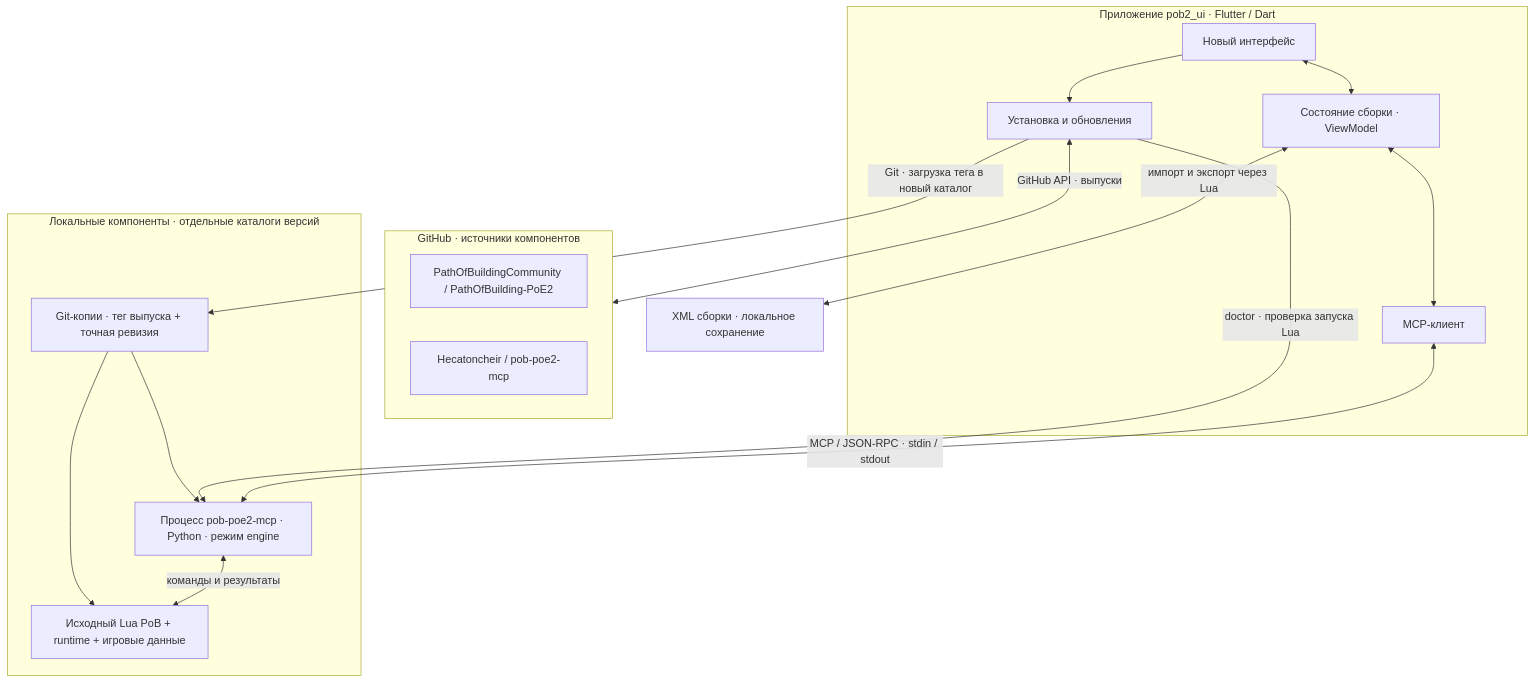
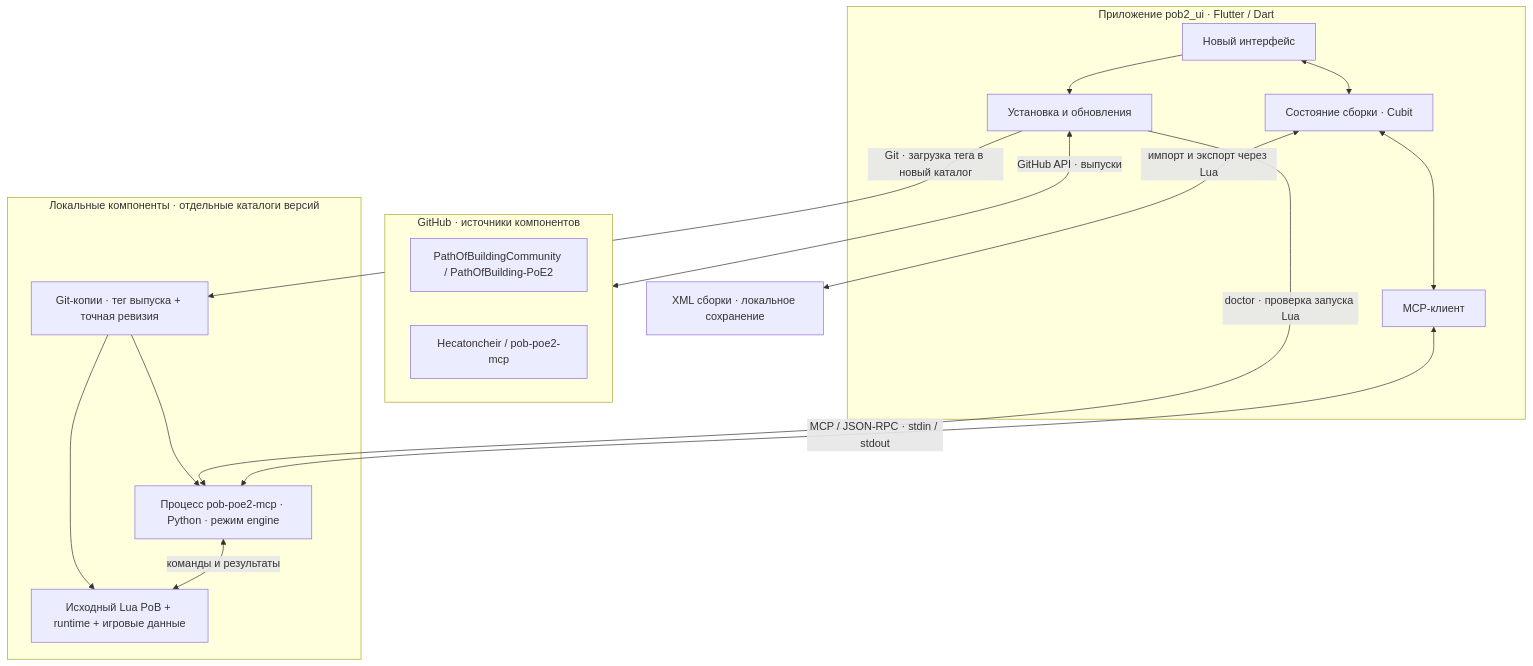
Before and after one commit to Hecatoncheir/pob2_ui: the first of 2 diagrams in README.md, drawn with Mermaid. The commit also changed other lines of this file and 3 other files, not shown here.

````diff
--- a/README.md
+++ b/README.md
@@ -21,32 +21,32 @@
 ```mermaid
 flowchart TB
     subgraph Flutter["Приложение pob2_ui · Flutter / Dart"]
         UI["Новый интерфейс"]
-        State["Состояние сборки · ViewModel"]
+        State["Состояние сборки · Cubit"]
         Manager["Установка и обновления"]
         Client["MCP-клиент"]
         UI <--> State
         UI --> Manager
         State <--> Client
     end
 
     subgraph GitHub["GitHub · источники компонентов"]
         PoBRepo["PathOfBuildingCommunity / PathOfBuilding-PoE2"]
         MCPRepo["Hecatoncheir / pob-poe2-mcp"]
     end
 
     subgraph Local["Локальные компоненты · отдельные каталоги версий"]
         Copies["Git-копии · тег выпуска + точная ревизия"]
         MCP["Процесс pob-poe2-mcp · Python · режим engine"]
         Lua["Исходный Lua PoB + runtime + игровые данные"]
         Copies --> MCP
         Copies --> Lua
         MCP <-->|"команды и результаты"| Lua
     end
 
     Manager <-->|"GitHub API · выпуски"| GitHub
     Manager -->|"Git · загрузка тега в новый каталог"| Copies
     Manager -->|"doctor · проверка запуска Lua"| MCP
     Client <-->|"MCP / JSON-RPC · stdin / stdout"| MCP
     State <-->|"импорт и экспорт через Lua"| XML["XML сборки · локальное сохранение"]
 ```
````
